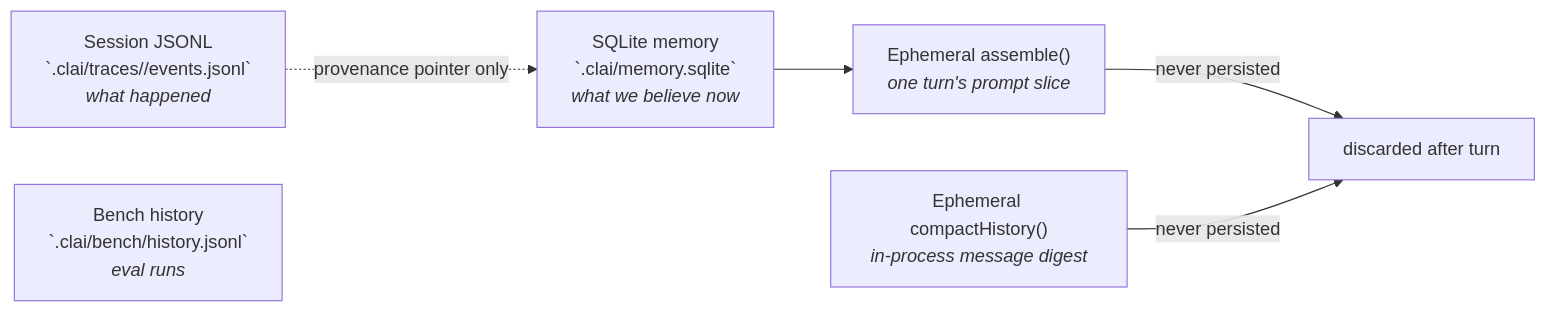
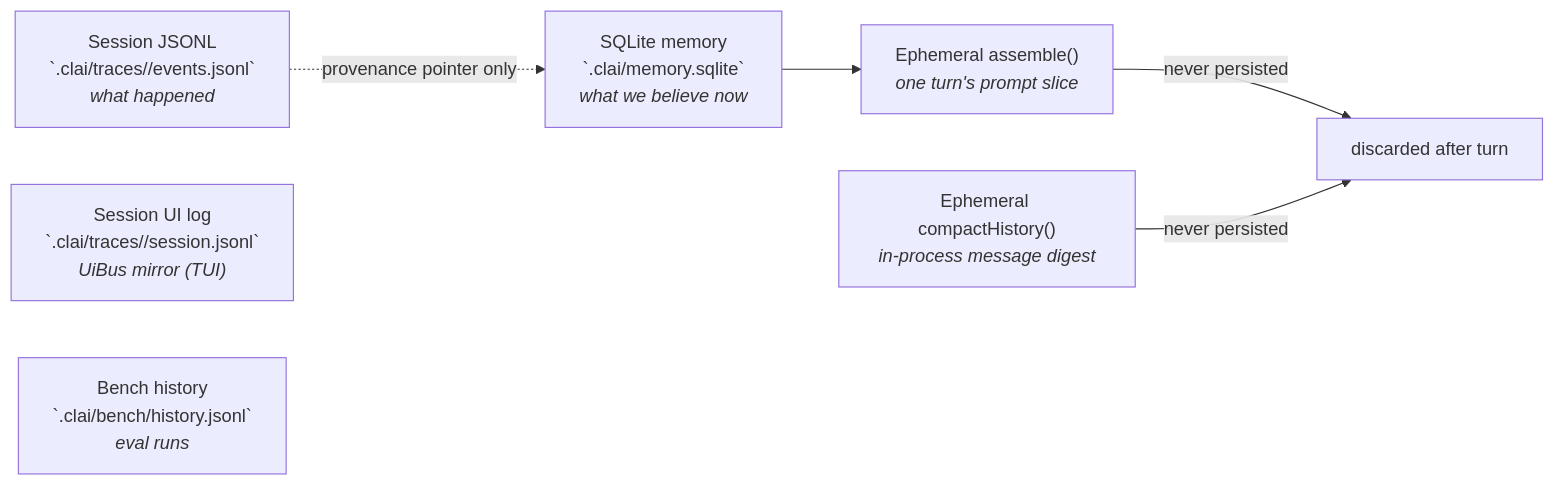
Before and after one commit to rajofearth/CodeRush2.0_TeamKnull: the fifth of 10 diagrams in docs/ARCHITECTURE.md, drawn with Mermaid. The commit also changed other lines of this file, not shown here.

Commit message:
docs: sync ARCHITECTURE.md with current codebase

````diff
--- a/docs/ARCHITECTURE.md
+++ b/docs/ARCHITECTURE.md
@@ -317,13 +344,14 @@
 ```mermaid
 flowchart LR
   JSONL["Session JSONL<br/>`.clai/traces/<runId>/events.jsonl`<br/><i>what happened</i>"]
+  SESS["Session UI log<br/>`.clai/traces/<runId>/session.jsonl`<br/><i>UiBus mirror (TUI)</i>"]
   BENCH["Bench history<br/>`.clai/bench/history.jsonl`<br/><i>eval runs</i>"]
   SQL["SQLite memory<br/>`.clai/memory.sqlite`<br/><i>what we believe now</i>"]
   ASM["Ephemeral assemble()<br/><i>one turn's prompt slice</i>"]
   COMP["Ephemeral compactHistory()<br/><i>in-process message digest</i>"]
 
   JSONL -.->|"provenance pointer only"| SQL
   SQL --> ASM
   ASM -->|"never persisted"| X["discarded after turn"]
   COMP -->|"never persisted"| X
 ```
````
